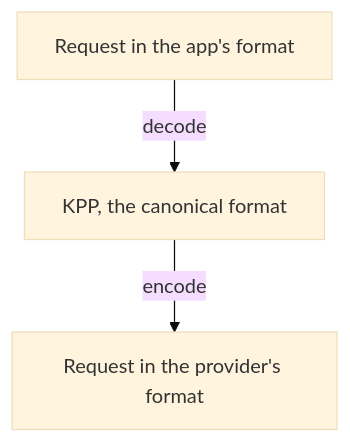
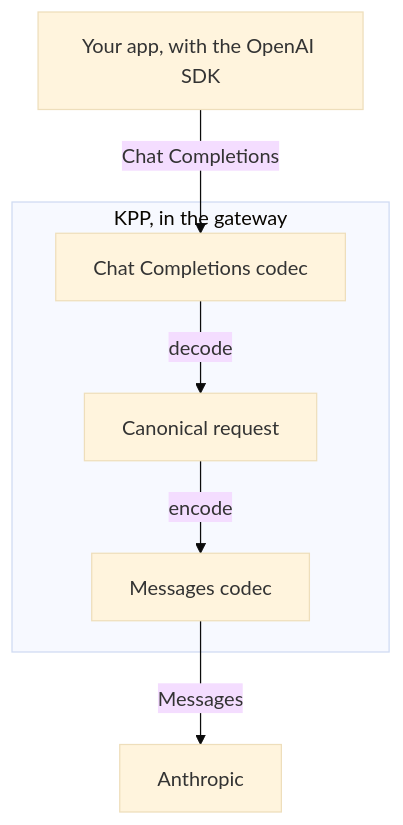
Before and after one commit to logicplanes/kaeso: the diagram in apps/docs/content/en/concepts/format-translation.md, drawn with Mermaid (base theme). The commit also changed 59 other files, not shown here.

First line of the commit message:
Redraw the introduction's and concept pages' diagrams so each tells its story at a glance

````diff
--- a/apps/docs/content/en/concepts/format-translation.md
+++ b/apps/docs/content/en/concepts/format-translation.md
@@ -9,7 +9,16 @@
 ```mermaid
 flowchart TD
   accTitle: Format translation
-  accDescr: KPP decodes the app's request into its canonical format and encodes it in the provider's format. The reply takes the same way back.
-  app[Request in the app's format] -- decode --> kpp[KPP, the canonical format]
-  kpp -- encode --> provider[Request in the provider's format]
+  accDescr: An app using the OpenAI SDK sends Chat Completions. In the gateway, KPP's Chat Completions codec decodes the request into KPP's canonical request, and the Messages codec encodes it for Anthropic. The reply takes the same way back.
+  app[Your app, with the OpenAI SDK]:::outside
+  subgraph kpp [KPP, in the gateway]
+    decode[Chat Completions codec]
+    canonical[Canonical request]:::accent
+    encode[Messages codec]
+  end
+  provider[Anthropic]:::outside
+  app -- Chat Completions --> decode
+  decode -- decode --> canonical
+  canonical -- encode --> encode
+  encode -- Messages --> provider
 ```
````
